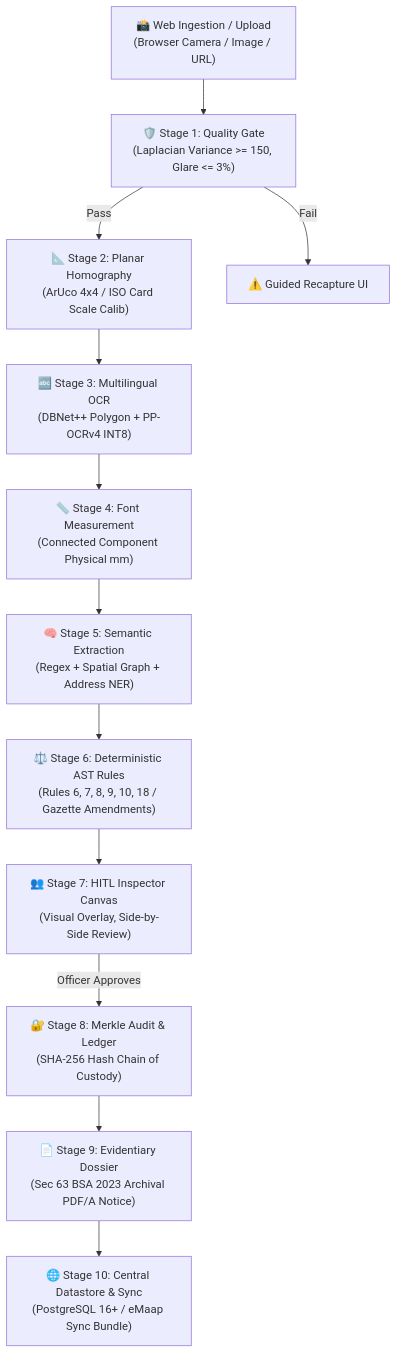
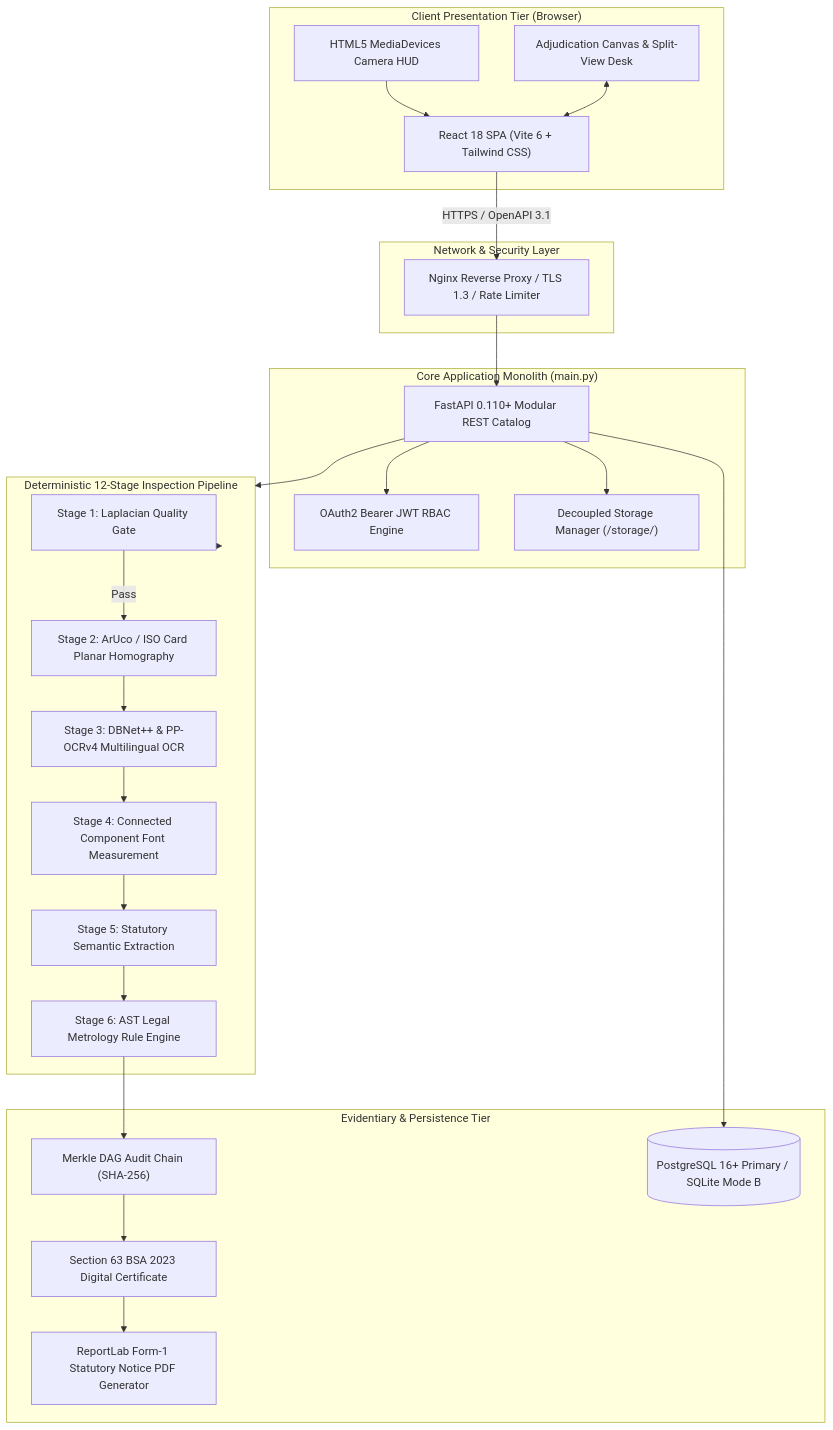
One commit to anonymousgrouphp-collab/sih26034 changed the diagram in README.md. Above: the diagram before and after it, drawn with Mermaid. The commit also changed other lines of this file and 126 other files, not shown here.

````diff
--- a/README.md
+++ b/README.md
@@ -45,18 +139,52 @@
 ```mermaid
 flowchart TD
-    A["📸 Web Ingestion / Upload<br/>(Browser Camera / Image / URL)"] --> B["🛡️ Stage 1: Quality Gate<br/>(Laplacian Variance >= 150, Glare <= 3%)"]
-    B -->|Pass| C["📐 Stage 2: Planar Homography<br/>(ArUco 4x4 / ISO Card Scale Calib)"]
-    B -->|Fail| A1["⚠️ Guided Recapture UI"]
-    
-    C --> D["🔤 Stage 3: Multilingual OCR<br/>(DBNet++ Polygon + PP-OCRv4 INT8)"]
-    D --> E["📏 Stage 4: Font Measurement<br/>(Connected Component Physical mm)"]
-    
-    E --> F["🧠 Stage 5: Semantic Extraction<br/>(Regex + Spatial Graph + Address NER)"]
-    F --> G["⚖️ Stage 6: Deterministic AST Rules<br/>(Rules 6, 7, 8, 9, 10, 18 / Gazette Amendments)"]
-    
-    G --> H["👥 Stage 7: HITL Inspector Canvas<br/>(Visual Overlay, Side-by-Side Review)"]
-    H -->|Officer Approves| I["🔐 Stage 8: Merkle Audit & Ledger<br/>(SHA-256 Hash Chain of Custody)"]
-    
-    I --> J["📄 Stage 9: Evidentiary Dossier<br/>(Sec 63 BSA 2023 Archival PDF/A Notice)"]
-    J --> K["🌐 Stage 10: Central Datastore & Sync<br/>(PostgreSQL 16+ / eMaap Sync Bundle)"]
+    subgraph Client ["Client Presentation Tier (Browser)"]
+        UI["React 18 SPA (Vite 6 + Tailwind CSS)"]
+        Cam["HTML5 MediaDevices Camera HUD"]
+        Desk["Adjudication Canvas & Split-View Desk"]
+    end
+
+    subgraph Gateway ["Network & Security Layer"]
+        Proxy["Nginx Reverse Proxy / TLS 1.3 / Rate Limiter"]
+    end
+
+    subgraph AppServer ["Core Application Monolith (main.py)"]
+        API["FastAPI 0.110+ Modular REST Catalog"]
+        RBAC["OAuth2 Bearer JWT RBAC Engine"]
+        Storage["Decoupled Storage Manager (/storage/)"]
+    end
+
+    subgraph Pipeline ["Deterministic 12-Stage Inspection Pipeline"]
+        QG["Stage 1: Laplacian Quality Gate"]
+        Calib["Stage 2: ArUco / ISO Card Planar Homography"]
+        OCR["Stage 3: DBNet++ & PP-OCRv4 Multilingual OCR"]
+        Font["Stage 4: Connected Component Font Measurement"]
+        NER["Stage 5: Statutory Semantic Extraction"]
+        Rule["Stage 6: AST Legal Metrology Rule Engine"]
+    end
+
+    subgraph EvidenceStore ["Evidentiary & Persistence Tier"]
+        Merkle["Merkle DAG Audit Chain (SHA-256)"]
+        BSA["Section 63 BSA 2023 Digital Certificate"]
+        PDF["ReportLab Form-1 Statutory Notice PDF Generator"]
+        DB[(PostgreSQL 16+ Primary / SQLite Mode B)]
+    end
+
+    Cam --> UI
+    UI -->|HTTPS / OpenAPI 3.1| Proxy
+    Proxy --> API
+    API --> RBAC
+    API --> Storage
+    API --> Pipeline
+    Pipeline --> QG
+    QG -->|Pass| Calib
+    Calib --> OCR
+    OCR --> Font
+    Font --> NER
+    NER --> Rule
+    Rule --> Merkle
+    Merkle --> BSA
+    BSA --> PDF
+    API --> DB
+    Desk <--> UI
 ```
````
